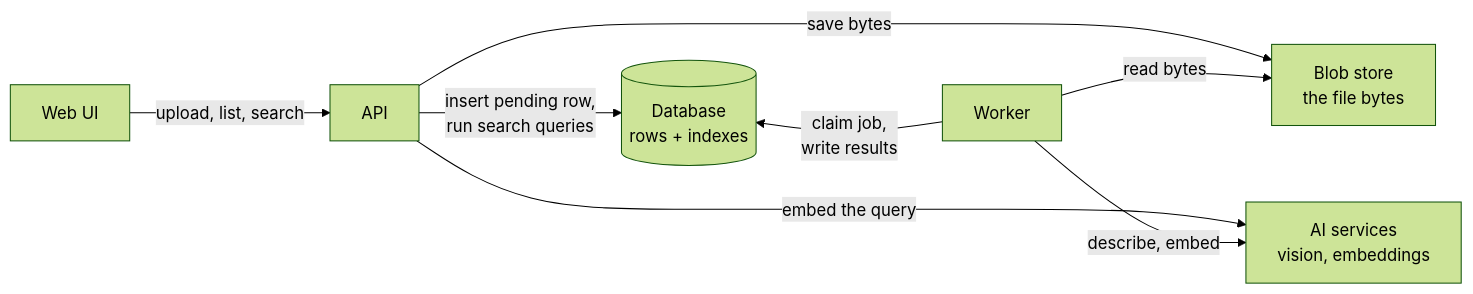
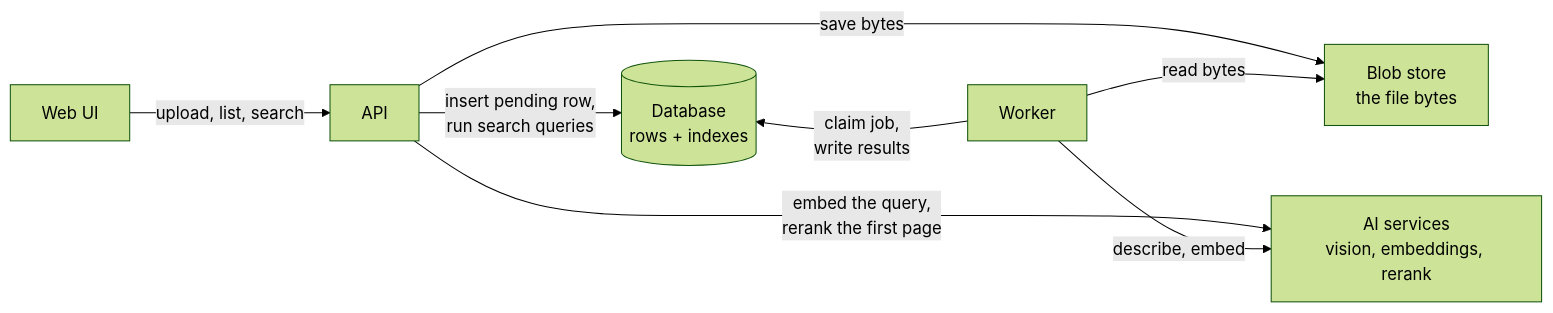
Before and after one commit to saarmichael/KMS: the first of 3 diagrams in README.md, drawn with Mermaid (forest theme). The commit also changed other lines of this file, not shown here.

First line of the commit message:
readme: rerank is a step of search in both diagrams, no longer an optional side branch marked off by default; the overview names rerank among the AI services

````diff
--- a/README.md
+++ b/README.md
@@ -49,13 +49,13 @@
 ```mermaid
 flowchart LR
   UI[Web UI] -- "upload, list, search" --> API[API]
   API -- "insert pending row,<br/>run search queries" --> DB[(Database<br/>rows + indexes)]
   API -- "save bytes" --> Blob[Blob store<br/>the file bytes]
-  API -- "embed the query" --> AI[AI services<br/>vision, embeddings]
+  API -- "embed the query,<br/>rerank the first page" --> AI[AI services<br/>vision, embeddings, rerank]
   DB ~~~ W[Worker]
   Blob ~~~ W
   AI ~~~ W
   W -- "claim job,<br/>write results" --> DB
   W -- "read bytes" --> Blob
   W -- "describe, embed" --> AI
 ```
````
